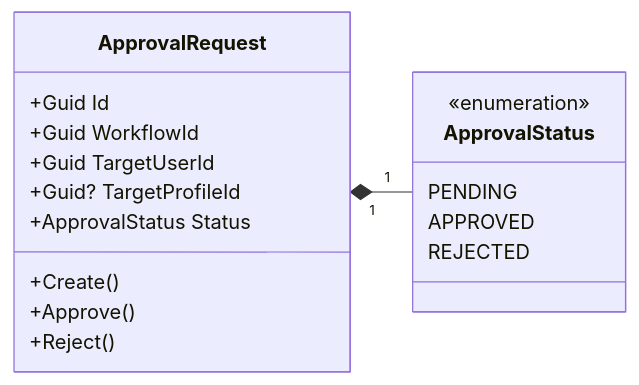
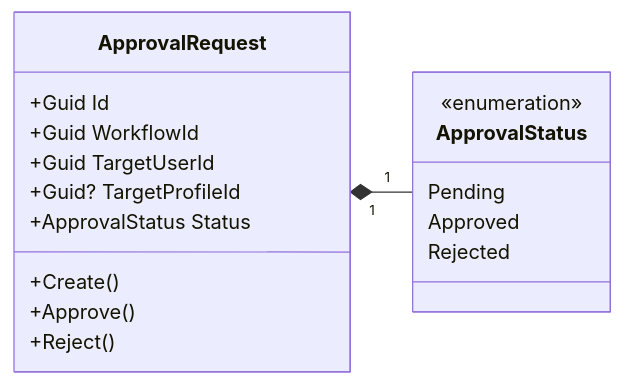
The first of 4 diagrams in docs/domain/approvals/approval-request.md (beyondnetcode/ums), drawn with Mermaid before and after one commit. The commit also changed other lines of this file and 14 other files, not shown here.

Commit message:
docs(onboarding): align domain and ER models

````diff
--- a/docs/domain/approvals/approval-request.md
+++ b/docs/domain/approvals/approval-request.md
@@ -75,21 +76,21 @@
 ```mermaid
 classDiagram
     direction LR
     class ApprovalRequest {
         +Guid Id
         +Guid WorkflowId
         +Guid TargetUserId
         +Guid? TargetProfileId
         +ApprovalStatus Status
         +Create()
         +Approve()
         +Reject()
     }
     class ApprovalStatus {
         <<enumeration>>
-        PENDING
-        APPROVED
-        REJECTED
+        Pending
+        Approved
+        Rejected
     }
     ApprovalRequest "1" *-- "1" ApprovalStatus
 ```
````
